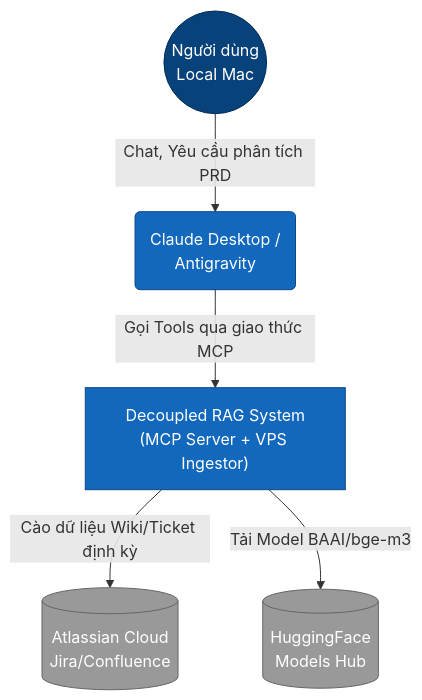
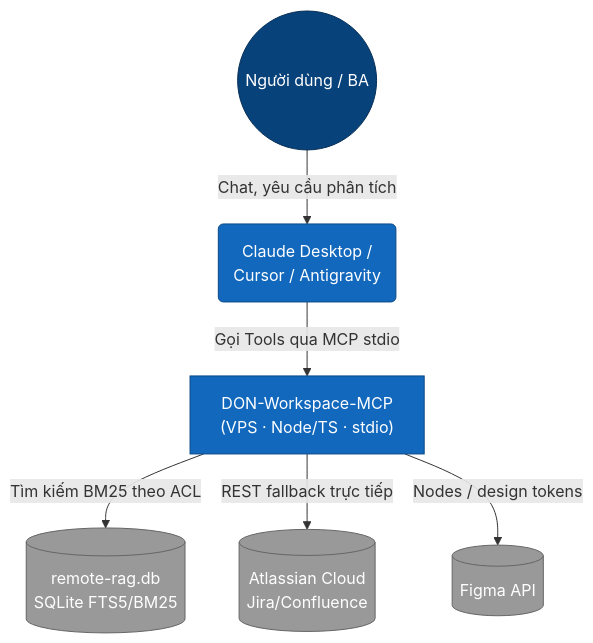
Before and after one commit to cachep-xidau/MCP-server: the first of 4 diagrams in docs/system-architecture.md, drawn with Mermaid. The commit also changed other lines of this file and 4 other files, not shown here.

First line of the commit message:
refactor: align docs with real TS/SQLite/BM25 stack and enforce ACL

````diff
--- a/docs/system-architecture.md
+++ b/docs/system-architecture.md
@@ -10,23 +11,23 @@
 ```mermaid
 graph TD
-    %% Nút người và hệ thống
-    User((Người dùng\nLocal Mac))
-    Antigravity(Claude Desktop /\nAntigravity)
-    RAG_System["Decoupled RAG System\n(MCP Server + VPS Ingestor)"]
+    User((Người dùng / BA))
+    Agent(Claude Desktop /\nCursor / Antigravity)
+    MCP["DON-Workspace-MCP\n(VPS · Node/TS · stdio)"]
+    KB[(remote-rag.db\nSQLite FTS5/BM25)]
     Atlassian[(Atlassian Cloud\nJira/Confluence)]
-    HuggingFace[(HuggingFace\nModels Hub)]
+    Figma[(Figma API)]
 
-    %% Liên kết
-    User -->|Chat, Yêu cầu phân tích PRD| Antigravity
-    Antigravity -->|Gọi Tools qua giao thức MCP| RAG_System
-    RAG_System -->|Cào dữ liệu Wiki/Ticket định kỳ| Atlassian
-    RAG_System -->|Tải Model BAAI/bge-m3| HuggingFace
+    User -->|Chat, yêu cầu phân tích| Agent
+    Agent -->|Gọi Tools qua MCP stdio| MCP
+    MCP -->|Tìm kiếm BM25 theo ACL| KB
+    MCP -->|REST fallback trực tiếp| Atlassian
+    MCP -->|Nodes / design tokens| Figma
 
     classDef person fill:#08427b,color:#fff,stroke:#052e56
     classDef sys fill:#1168bd,color:#fff,stroke:#0b4884
     classDef ext fill:#999999,color:#fff,stroke:#666666
-    
+
     class User person;
-    class Antigravity,RAG_System sys;
-    class Atlassian,HuggingFace ext;
+    class Agent,MCP sys;
+    class KB,Atlassian,Figma ext;
 ```
````
